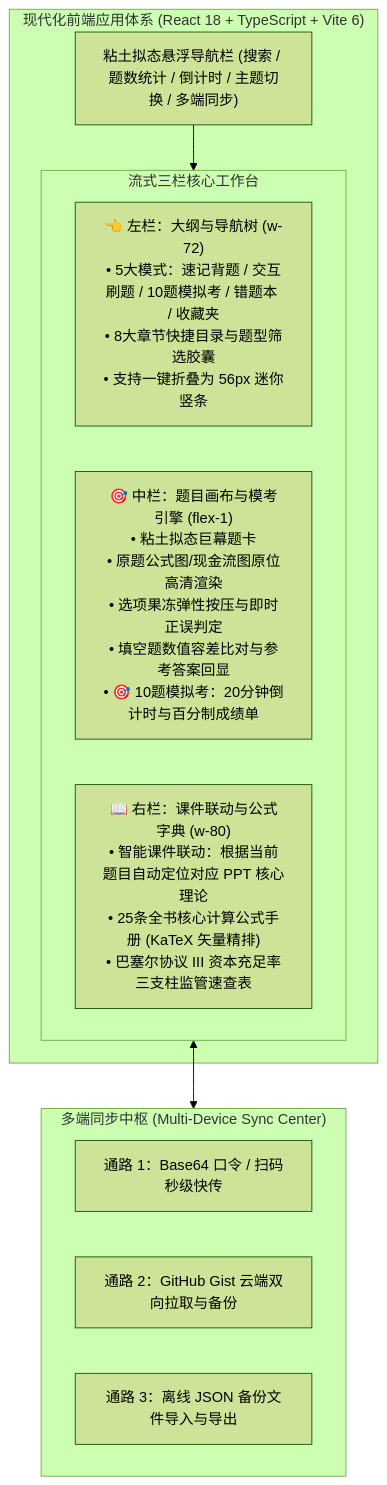
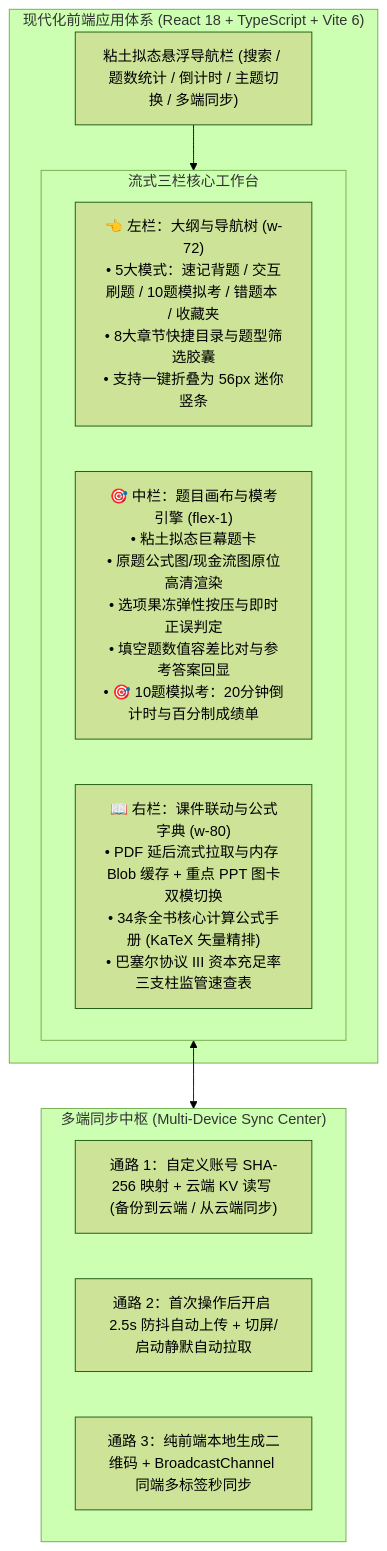
One commit to Coolzs77/frm-study-console changed the diagram in README.md. Above: the diagram before and after it, drawn with Mermaid (forest theme). The commit also changed other lines of this file and 118 other files, not shown here.

Commit message:
fix(v3.7): eliminate body image blocking/tab spin and implement real cloud account sync

````diff
--- a/README.md
+++ b/README.md
@@ -64,22 +70,22 @@
 ```mermaid
 flowchart TD
     subgraph ClientApp ["现代化前端应用体系 (React 18 + TypeScript + Vite 6)"]
         Header["粘土拟态悬浮导航栏 (搜索 / 题数统计 / 倒计时 / 主题切换 / 多端同步)"]
         
         subgraph TriColumn ["流式三栏核心工作台"]
             LeftCol["👈 左栏：大纲与导航树 (w-72)\n• 5大模式：速记背题 / 交互刷题 / 10题模拟考 / 错题本 / 收藏夹\n• 8大章节快捷目录与题型筛选胶囊\n• 支持一键折叠为 56px 迷你竖条"]
             CenterCol["🎯 中栏：题目画布与模考引擎 (flex-1)\n• 粘土拟态巨幕题卡\n• 原题公式图/现金流图原位高清渲染\n• 选项果冻弹性按压与即时正误判定\n• 填空题数值容差比对与参考答案回显\n• 🎯 10题模拟考：20分钟倒计时与百分制成绩单"]
-            RightCol["📖 右栏：课件联动与公式字典 (w-80)\n• 智能课件联动：根据当前题目自动定位对应 PPT 核心理论\n• 25条全书核心计算公式手册 (KaTeX 矢量精排)\n• 巴塞尔协议 III 资本充足率三支柱监管速查表"]
+            RightCol["📖 右栏：课件联动与公式字典 (w-80)\n• PDF 延后流式拉取与内存 Blob 缓存 + 重点 PPT 图卡双模切换\n• 34条全书核心计算公式手册 (KaTeX 矢量精排)\n• 巴塞尔协议 III 资本充足率三支柱监管速查表"]
         end
         
         Header --> TriColumn
     end
 
     subgraph SyncEngine ["多端同步中枢 (Multi-Device Sync Center)"]
-        CodeSync["通路 1：Base64 口令 / 扫码秒级快传"]
-        GistSync["通路 2：GitHub Gist 云端双向拉取与备份"]
-        FileBackup["通路 3：离线 JSON 备份文件导入与导出"]
+        AccountSync["通路 1：自定义账号 SHA-256 映射 + 云端 KV 读写 (备份到云端 / 从云端同步)"]
+        AutoSync["通路 2：首次操作后开启 2.5s 防抖自动上传 + 切屏/启动静默自动拉取"]
+        QrSync["通路 3：纯前端本地生成二维码 + BroadcastChannel 同端多标签秒同步"]
     end
 
     TriColumn <--> SyncEngine
 ```
````
